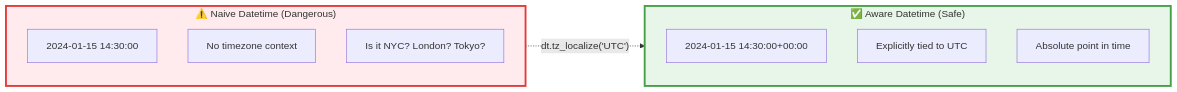
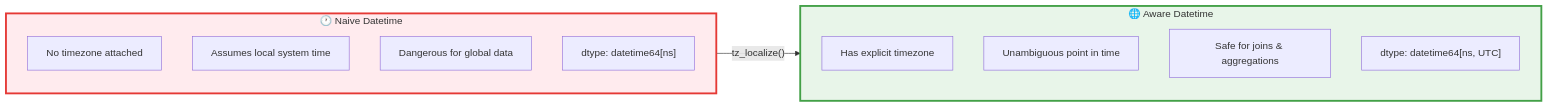
One commit to YasinSaberi/data-engineering-notes changed the second of 10 diagrams in data-modeling/Data engineering grain mismatch handling.md. Above: the diagram before and after it, drawn with Mermaid. The commit also changed other lines of this file, not shown here.

Commit message:
Update Data engineering grain mismatch handling.md

````diff
--- a/data-modeling/Data engineering grain mismatch handling.md
+++ b/data-modeling/Data engineering grain mismatch handling.md
@@ -35,19 +37,21 @@
 ```mermaid
 flowchart LR
-    subgraph Naive["⚠️ Naive Datetime (Dangerous)"]
-        N1["2024-01-15 14:30:00"]
-        N2["No timezone context"]
-        N3["Is it NYC? London? Tokyo?"]
+    subgraph Naive["🕐 Naive Datetime"]
+        N1["No timezone attached"]
+        N2["Assumes local system time"]
+        N3["Dangerous for global data"]
+        N4["dtype: datetime64[ns]"]
     end
 
-    subgraph Aware["✅ Aware Datetime (Safe)"]
-        A1["2024-01-15 14:30:00+00:00"]
-        A2["Explicitly tied to UTC"]
-        A3["Absolute point in time"]
+    subgraph Aware["🌐 Aware Datetime"]
+        A1["Has explicit timezone"]
+        A2["Unambiguous point in time"]
+        A3["Safe for joins & aggregations"]
+        A4["dtype: datetime64[ns, UTC]"]
     end
 
-    Naive -.->|"dt.tz_localize('UTC')"| Aware
+    Naive -->|"tz_localize()"| Aware
 
     style Naive fill:#ffebee,stroke:#e53935,stroke-width:3px
     style Aware fill:#e8f5e9,stroke:#43a047,stroke-width:3px
 ```
````
